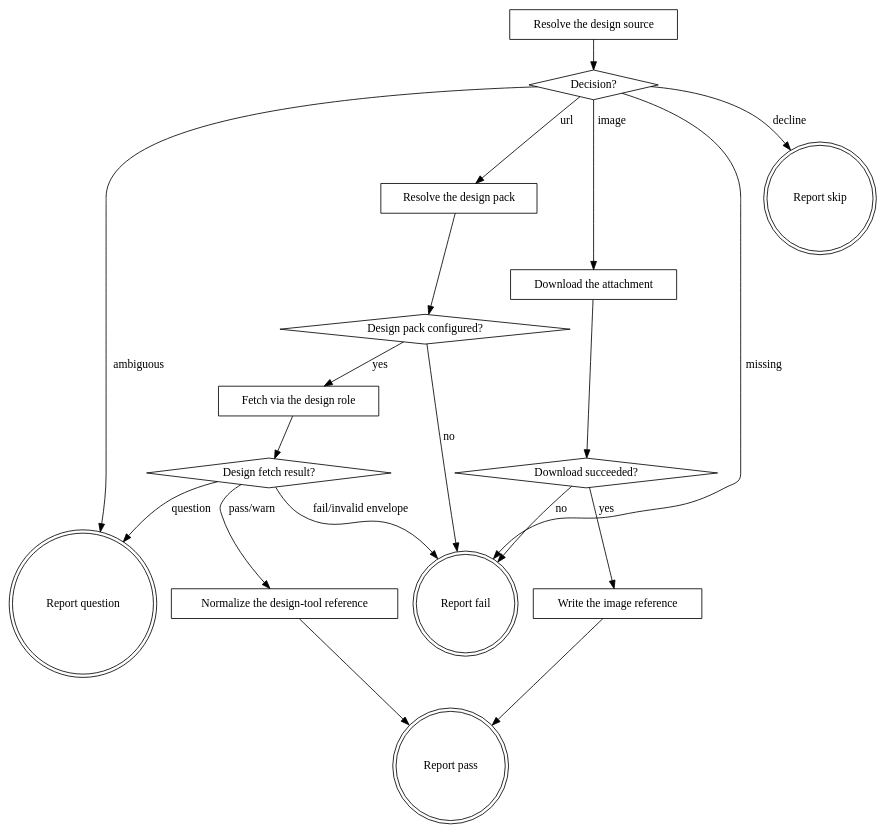
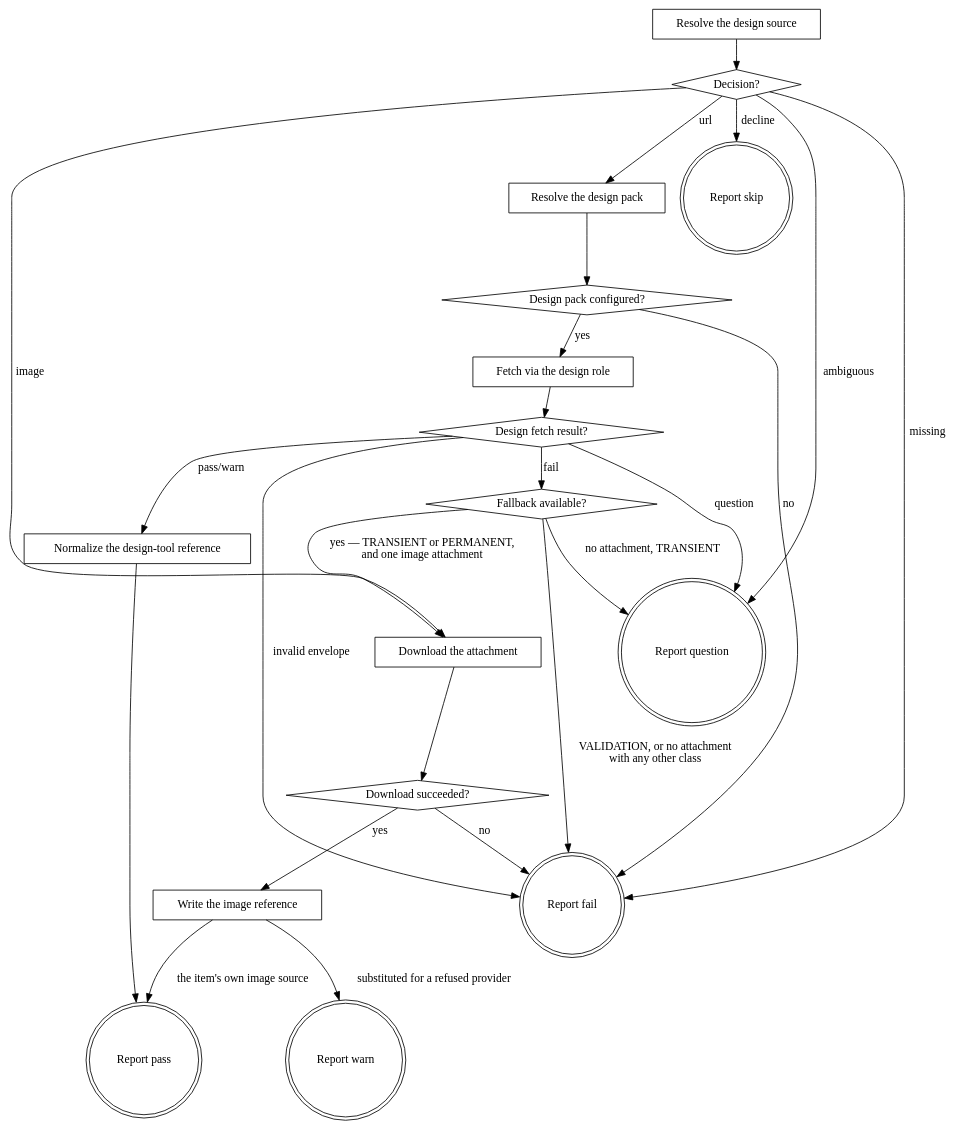
Before and after one commit to agenticDraft/aem-eds-ai-workflow-demo: the diagram in plugins/eds/skills/eds-extract/SKILL.md, drawn with Graphviz. The commit also changed other lines of this file, not shown here.

````diff
--- a/plugins/eds/skills/eds-extract/SKILL.md
+++ b/plugins/eds/skills/eds-extract/SKILL.md
@@ -34,37 +34,44 @@
 ```dot
 digraph eds_extract {
     "Resolve the design source" [shape=box];
     "Decision?" [shape=diamond];
     "Resolve the design pack" [shape=box];
     "Design pack configured?" [shape=diamond];
     "Fetch via the design role" [shape=box];
     "Design fetch result?" [shape=diamond];
     "Normalize the design-tool reference" [shape=box];
+    "Fallback available?" [shape=diamond];
     "Download the attachment" [shape=box];
     "Download succeeded?" [shape=diamond];
     "Write the image reference" [shape=box];
     "Report skip" [shape=doublecircle];
     "Report pass" [shape=doublecircle];
+    "Report warn" [shape=doublecircle];
     "Report question" [shape=doublecircle];
     "Report fail" [shape=doublecircle];
 
     "Resolve the design source" -> "Decision?";
     "Decision?" -> "Report skip" [label="decline"];
     "Decision?" -> "Resolve the design pack" [label="url"];
     "Decision?" -> "Download the attachment" [label="image"];
     "Decision?" -> "Report question" [label="ambiguous"];
     "Decision?" -> "Report fail" [label="missing"];
     "Resolve the design pack" -> "Design pack configured?";
     "Design pack configured?" -> "Fetch via the design role" [label="yes"];
     "Design pack configured?" -> "Report fail" [label="no"];
     "Fetch via the design role" -> "Design fetch result?";
     "Design fetch result?" -> "Normalize the design-tool reference" [label="pass/warn"];
     "Design fetch result?" -> "Report question" [label="question"];
-    "Design fetch result?" -> "Report fail" [label="fail/invalid envelope"];
+    "Design fetch result?" -> "Fallback available?" [label="fail"];
+    "Design fetch result?" -> "Report fail" [label="invalid envelope"];
+    "Fallback available?" -> "Download the attachment" [label="yes — TRANSIENT or PERMANENT,\nand one image attachment"];
+    "Fallback available?" -> "Report question" [label="no attachment, TRANSIENT"];
+    "Fallback available?" -> "Report fail" [label="VALIDATION, or no attachment\nwith any other class"];
     "Normalize the design-tool reference" -> "Report pass";
     "Download the attachment" -> "Download succeeded?";
     "Download succeeded?" -> "Write the image reference" [label="yes"];
     "Download succeeded?" -> "Report fail" [label="no"];
-    "Write the image reference" -> "Report pass";
+    "Write the image reference" -> "Report pass" [label="the item's own image source"];
+    "Write the image reference" -> "Report warn" [label="substituted for a refused provider"];
 }
 ```
````
